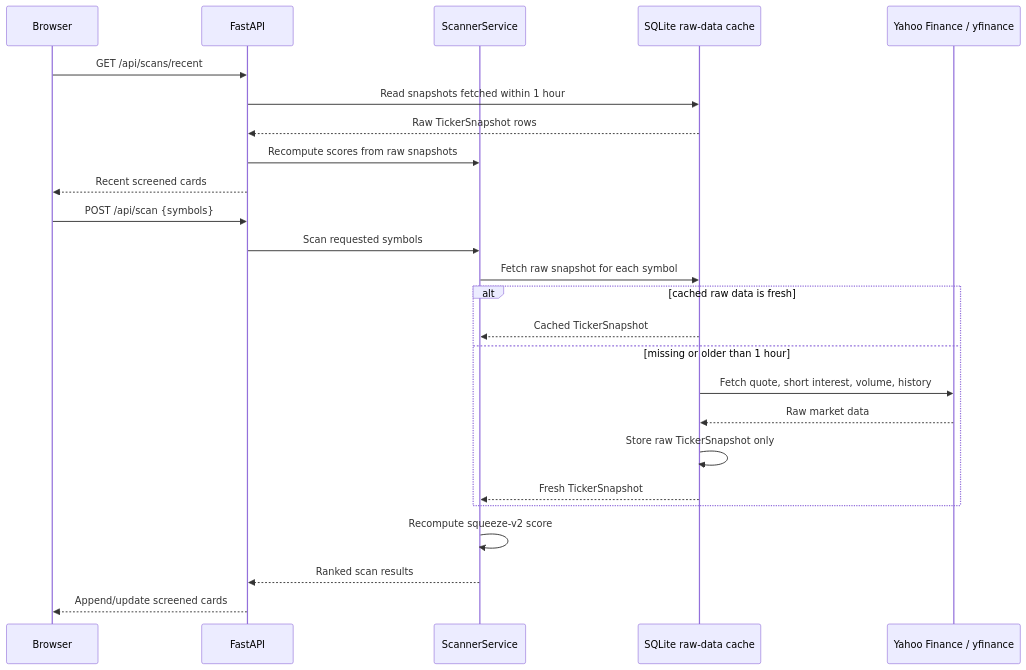
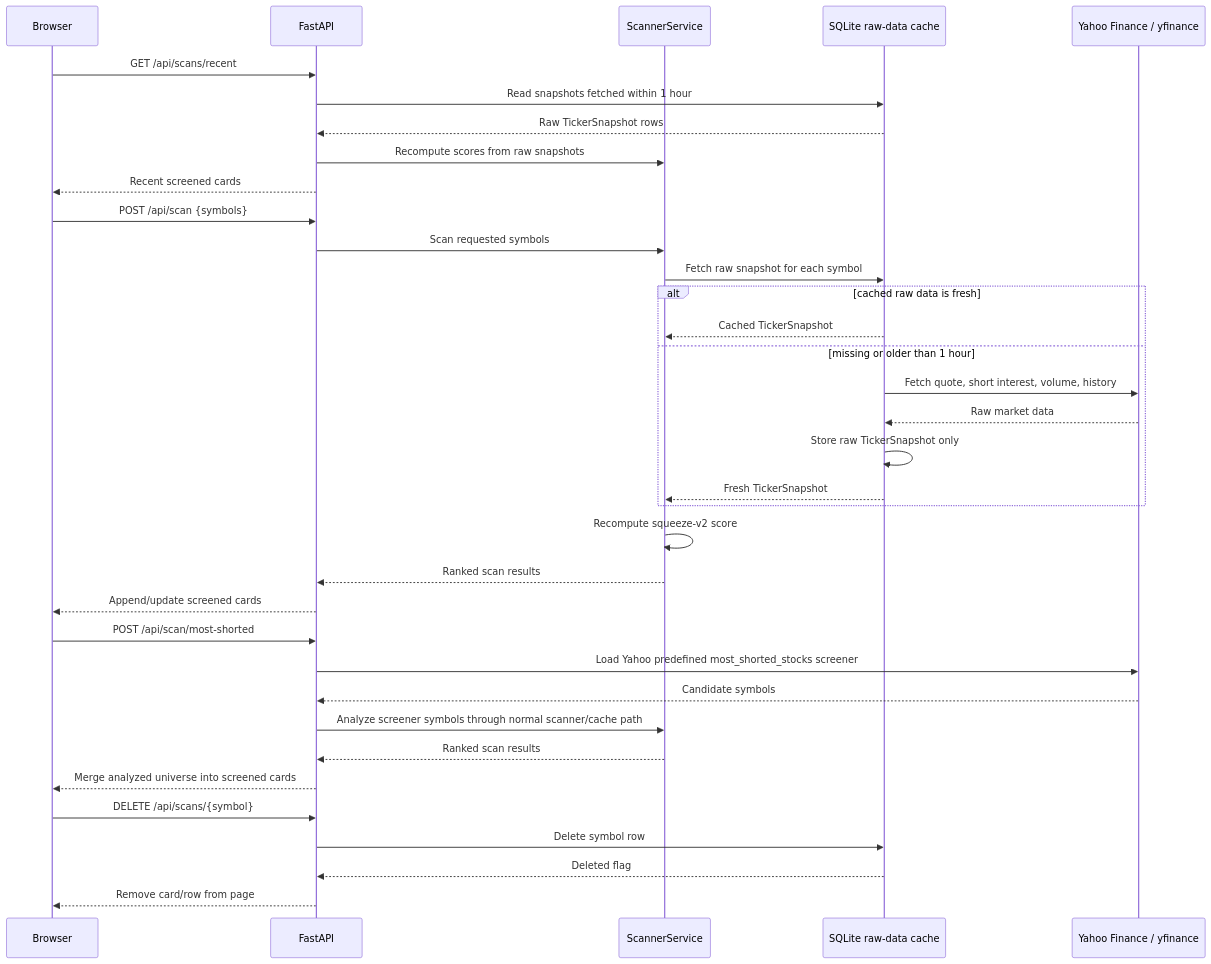
The second of 2 diagrams in ARCHITECTURE.md (agorevski/SqueezeScanner), drawn with Mermaid before and after one commit. The commit also changed other lines of this file and 21 other files, not shown here.

````diff
--- a/ARCHITECTURE.md
+++ b/ARCHITECTURE.md
@@ -28,29 +28,41 @@
 ```mermaid
 sequenceDiagram
     participant Browser
     participant API as FastAPI
     participant Scanner as ScannerService
     participant Cache as SQLite raw-data cache
     participant Yahoo as Yahoo Finance / yfinance
 
     Browser->>API: GET /api/scans/recent
     API->>Cache: Read snapshots fetched within 1 hour
     Cache-->>API: Raw TickerSnapshot rows
     API->>Scanner: Recompute scores from raw snapshots
     API-->>Browser: Recent screened cards
 
     Browser->>API: POST /api/scan {symbols}
     API->>Scanner: Scan requested symbols
     Scanner->>Cache: Fetch raw snapshot for each symbol
     alt cached raw data is fresh
         Cache-->>Scanner: Cached TickerSnapshot
     else missing or older than 1 hour
         Cache->>Yahoo: Fetch quote, short interest, volume, history
         Yahoo-->>Cache: Raw market data
         Cache->>Cache: Store raw TickerSnapshot only
         Cache-->>Scanner: Fresh TickerSnapshot
     end
     Scanner->>Scanner: Recompute squeeze-v2 score
     Scanner-->>API: Ranked scan results
     API-->>Browser: Append/update screened cards
+
+    Browser->>API: POST /api/scan/most-shorted
+    API->>Yahoo: Load Yahoo predefined most_shorted_stocks screener
+    Yahoo-->>API: Candidate symbols
+    API->>Scanner: Analyze screener symbols through normal scanner/cache path
+    Scanner-->>API: Ranked scan results
+    API-->>Browser: Merge analyzed universe into screened cards
+
+    Browser->>API: DELETE /api/scans/{symbol}
+    API->>Cache: Delete symbol row
+    Cache-->>API: Deleted flag
+    API-->>Browser: Remove card/row from page
 ```
````
